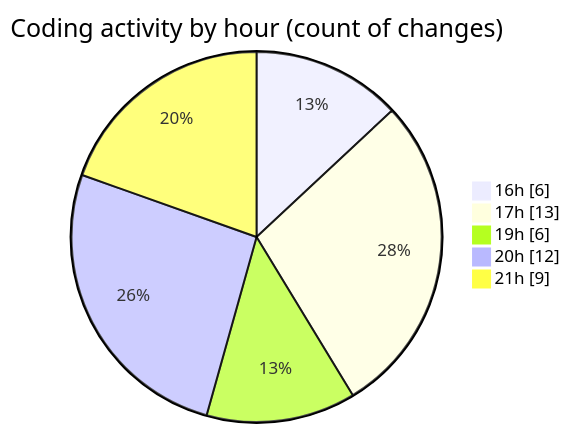
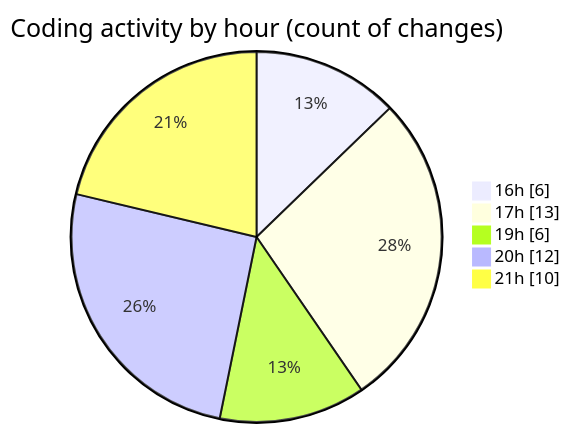
Before and after one commit to idhammustaqopulfikri/code-tracking: the second of 2 diagrams in 2025-06-22/studio-backend/README.md, drawn with Mermaid. The commit also changed other lines of this file and 1 other file, not shown here.

````diff
--- a/2025-06-22/studio-backend/README.md
+++ b/2025-06-22/studio-backend/README.md
@@ -37,9 +37,9 @@
 ```mermaid
 pie showData
 title Coding activity by hour (count of changes)
 "16h" : 6
 "17h" : 13
 "19h" : 6
 "20h" : 12
-"21h" : 9
+"21h" : 10
 ```
````
